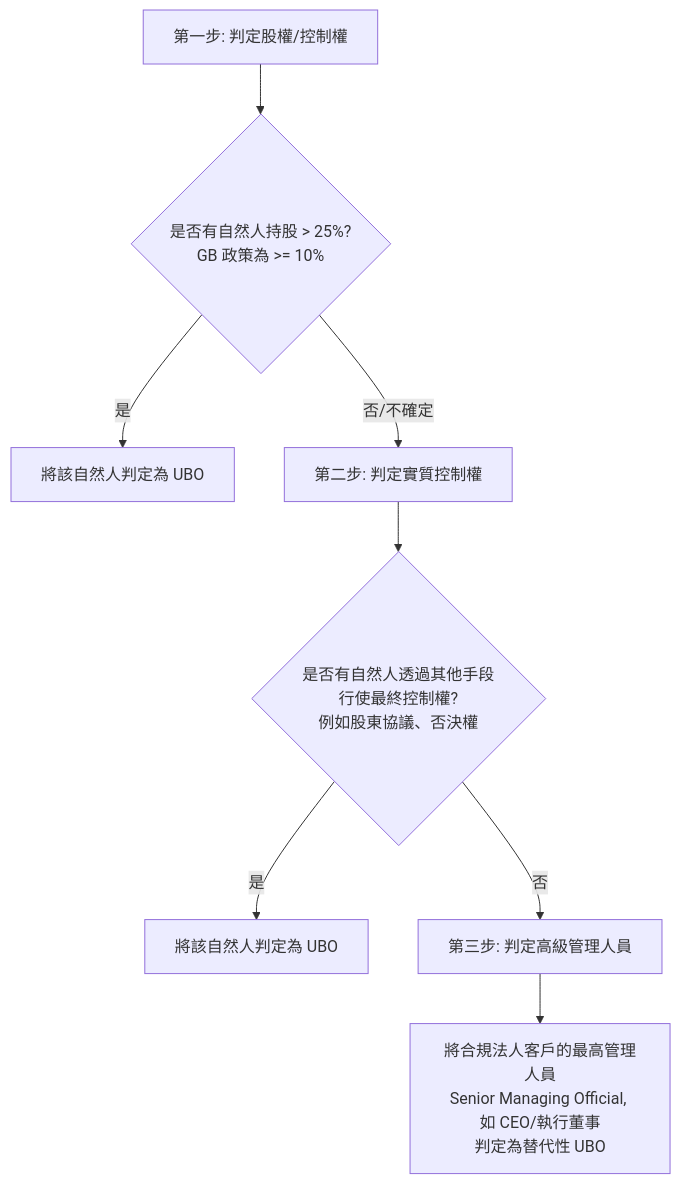
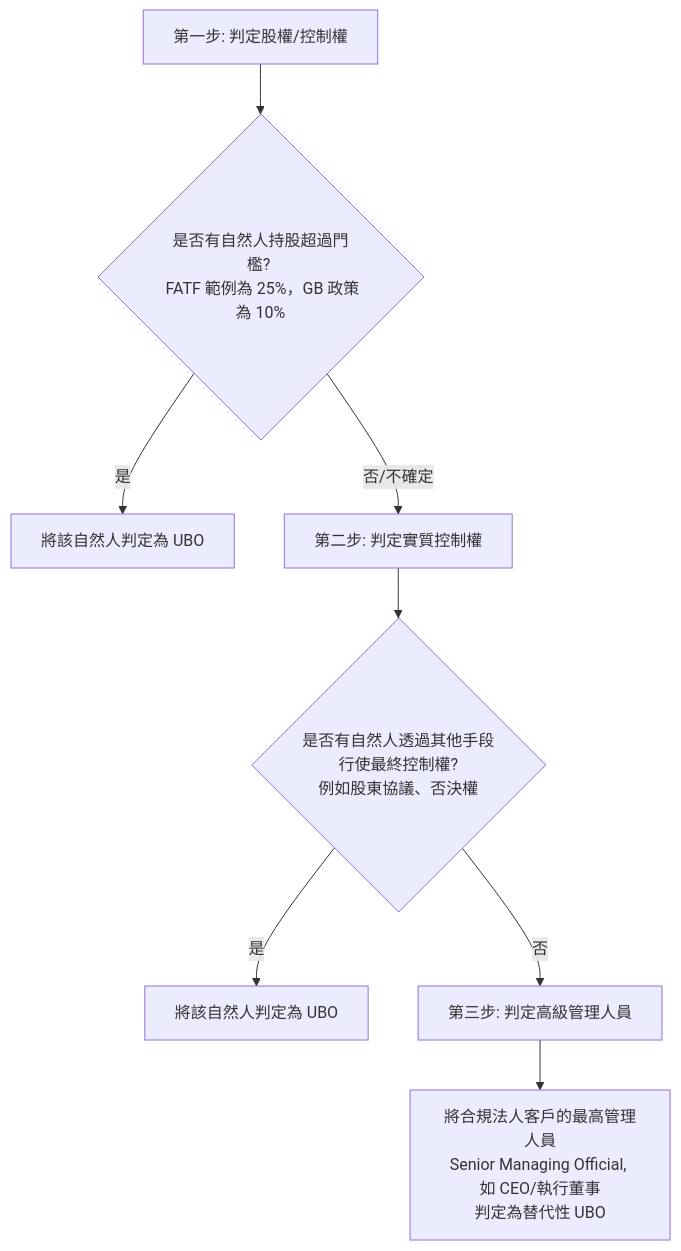
The diagram in data/gold/concepts/ubo.md (DancinAndrew/CDD-GraphWiki), drawn with Mermaid before and after one commit. The commit also changed other lines of this file and 58 other files, not shown here.

````diff
--- a/data/gold/concepts/ubo.md
+++ b/data/gold/concepts/ubo.md
@@ -17,10 +17,10 @@
 ```mermaid
 graph TD
-    A[第一步: 判定股權/控制權] --> B{是否有自然人持股 > 25%? <br> GB 政策為 >= 10%}
+    A[第一步: 判定股權/控制權] --> B{是否有自然人持股超過門檻? <br> FATF 範例為 25%，GB 政策為 10%}
     B -- 是 --> C[將該自然人判定為 UBO]
     B -- 否/不確定 --> D[第二步: 判定實質控制權]
     D --> E{是否有自然人透過其他手段<br>行使最終控制權? <br>例如股東協議、否決權}
     E -- 是 --> F[將該自然人判定為 UBO]
     E -- 否 --> G[第三步: 判定高級管理人員]
     G --> H[將合規法人客戶的最高管理人員<br>Senior Managing Official, 如 CEO/執行董事<br>判定為替代性 UBO]
 ```
````
